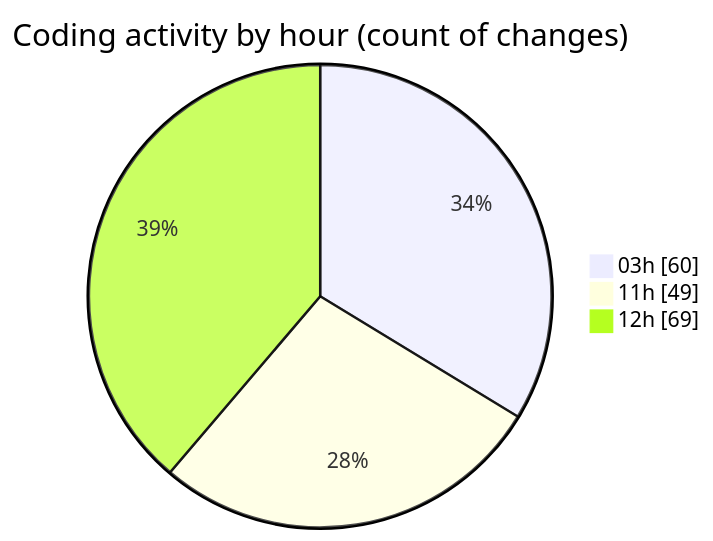
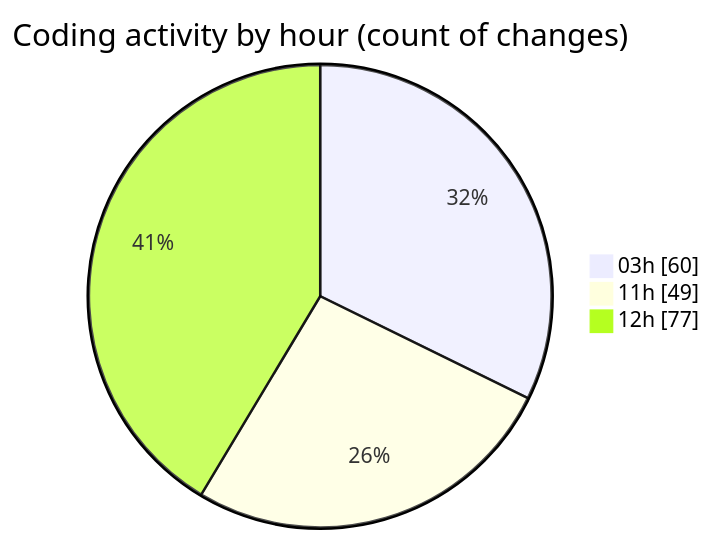
One commit to Ritupan-Deka/code-tracking changed the second of 2 diagrams in 2025-07-02/mern-thinkboard/README.md. Above: the diagram before and after it, drawn with Mermaid. The commit also changed other lines of this file and 1 other file, not shown here.

````diff
--- a/2025-07-02/mern-thinkboard/README.md
+++ b/2025-07-02/mern-thinkboard/README.md
@@ -38,7 +38,7 @@
 ```mermaid
 pie showData
 title Coding activity by hour (count of changes)
 "03h" : 60
 "11h" : 49
-"12h" : 69
+"12h" : 77
 ```
````
